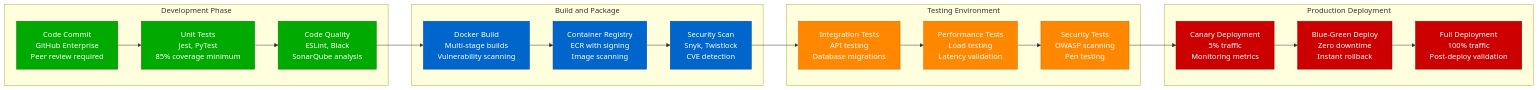
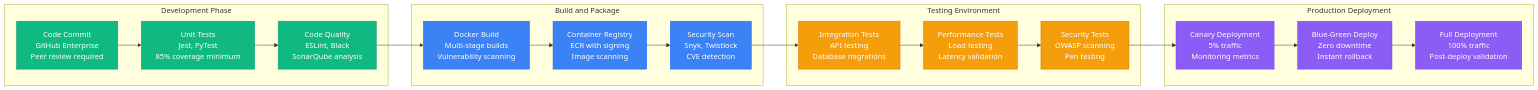
The fifth of 9 diagrams in site/docs/systems/robinhood/08-production-operations.md (deepaucksharma/DS), drawn with Mermaid before and after one commit. The commit also changed other lines of this file and 187 other files, not shown here.

````diff
--- a/site/docs/systems/robinhood/08-production-operations.md
+++ b/site/docs/systems/robinhood/08-production-operations.md
@@ -239,48 +239,48 @@
 ```mermaid
 flowchart LR
     subgraph Development[Development Phase]
         COMMIT[Code Commit<br/>GitHub Enterprise<br/>Peer review required]
         UNIT_TEST[Unit Tests<br/>Jest, PyTest<br/>85% coverage minimum]
         LINT[Code Quality<br/>ESLint, Black<br/>SonarQube analysis]
     end
 
     subgraph BuildPhase[Build and Package]
         BUILD[Docker Build<br/>Multi-stage builds<br/>Vulnerability scanning]
         REGISTRY[Container Registry<br/>ECR with signing<br/>Image scanning]
         SECURITY[Security Scan<br/>Snyk, Twistlock<br/>CVE detection]
     end
 
     subgraph TestingPhase[Testing Environment]
         INT_TEST[Integration Tests<br/>API testing<br/>Database migrations]
         PERF_TEST[Performance Tests<br/>Load testing<br/>Latency validation]
         SEC_TEST[Security Tests<br/>OWASP scanning<br/>Pen testing]
     end
 
     subgraph ProductionDeploy[Production Deployment]
         CANARY[Canary Deployment<br/>5% traffic<br/>Monitoring metrics]
         BLUE_GREEN[Blue-Green Deploy<br/>Zero downtime<br/>Instant rollback]
         FULL_DEPLOY[Full Deployment<br/>100% traffic<br/>Post-deploy validation]
     end
 
     COMMIT --> UNIT_TEST
     UNIT_TEST --> LINT
     LINT --> BUILD
     BUILD --> REGISTRY
     REGISTRY --> SECURITY
     SECURITY --> INT_TEST
     INT_TEST --> PERF_TEST
     PERF_TEST --> SEC_TEST
     SEC_TEST --> CANARY
     CANARY --> BLUE_GREEN
     BLUE_GREEN --> FULL_DEPLOY
 
-    classDef devStyle fill:#00AA00,stroke:#007700,color:#fff
-    classDef buildStyle fill:#0066CC,stroke:#004499,color:#fff
-    classDef testStyle fill:#FF8800,stroke:#CC6600,color:#fff
-    classDef prodStyle fill:#CC0000,stroke:#990000,color:#fff
+    classDef devStyle fill:#10B981,stroke:#059669,color:#fff
+    classDef buildStyle fill:#3B82F6,stroke:#2563EB,color:#fff
+    classDef testStyle fill:#F59E0B,stroke:#D97706,color:#fff
+    classDef prodStyle fill:#8B5CF6,stroke:#7C3AED,color:#fff
 
     class COMMIT,UNIT_TEST,LINT devStyle
     class BUILD,REGISTRY,SECURITY buildStyle
     class INT_TEST,PERF_TEST,SEC_TEST testStyle
     class CANARY,BLUE_GREEN,FULL_DEPLOY prodStyle
 ```
````
